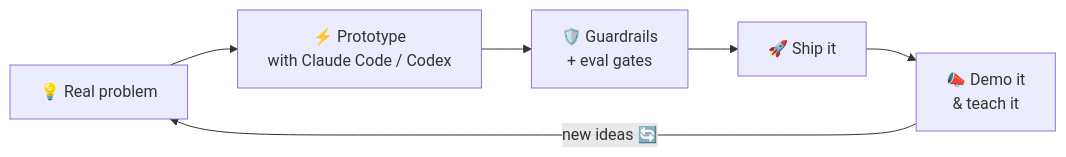
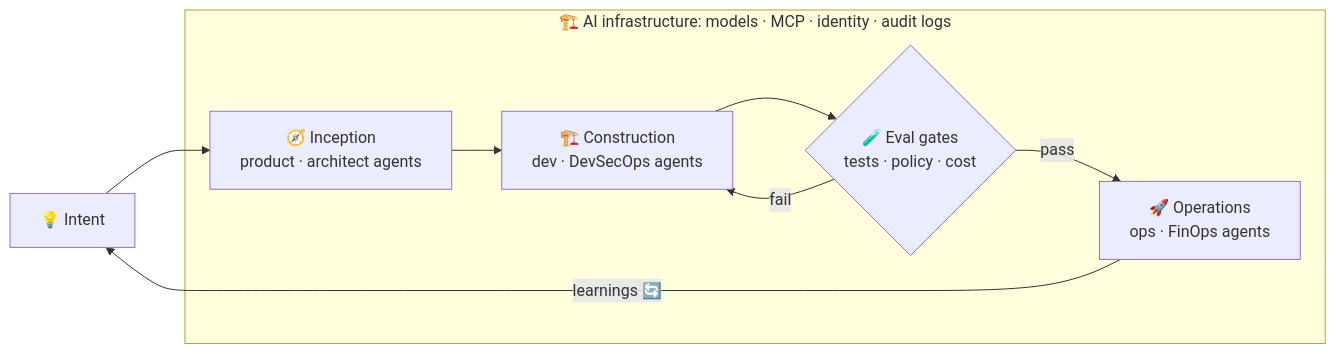
The diagram in README.md (rongjiwang/rongjiwang), drawn with Mermaid before and after one commit. The commit also changed other lines of this file and 2 other files, not shown here.

First line of the commit message:
docs: lead profile with AI infra, autonomous agents and AI-DLC focus

````diff
--- a/README.md
+++ b/README.md
@@ -35,8 +58,15 @@
 ```mermaid
 flowchart LR
-    A["💡 Real problem"] --> B["⚡ Prototype<br/>with Claude Code / Codex"]
-    B --> C["🛡️ Guardrails<br/>+ eval gates"]
-    C --> D["🚀 Ship it"]
-    D --> E["📣 Demo it<br/>& teach it"]
-    E -->|"new ideas 🔄"| A
+    I["💡 Intent"] --> P["🧭 Inception<br/>product · architect agents"]
+    P --> C["🏗️ Construction<br/>dev · DevSecOps agents"]
+    C --> G{"🧪 Eval gates<br/>tests · policy · cost"}
+    G -->|pass| O["🚀 Operations<br/>ops · FinOps agents"]
+    G -->|fail| C
+    O -->|"learnings 🔄"| I
+    subgraph F["🏗️ AI infrastructure: models · MCP · identity · audit logs"]
+      P
+      C
+      G
+      O
+    end
 ```
````
